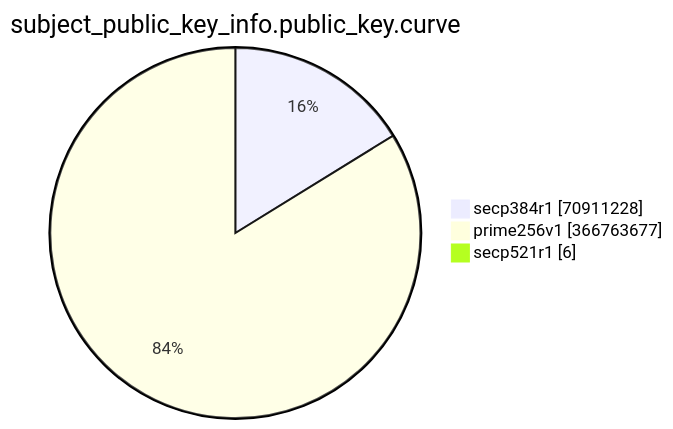
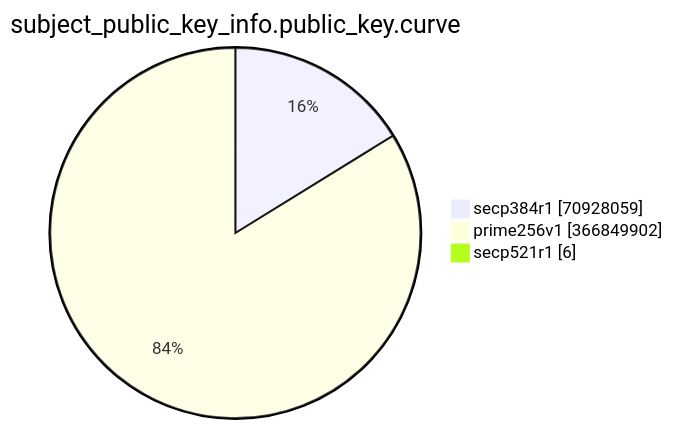
Before and after one commit to christiankrug/ctmonitor_visualization: the eighth of 15 diagrams in TOTAL/README.md, drawn with Mermaid. The commit also changed other lines of this file, not shown here.

````diff
--- a/TOTAL/README.md
+++ b/TOTAL/README.md
@@ -3092,7 +3092,7 @@
 ```mermaid
 pie showData
 title subject_public_key_info.public_key.curve
-"secp384r1" :70911228
-"prime256v1" :366763677
+"secp384r1" :70928059
+"prime256v1" :366849902
 "secp521r1" :6
 ```
````
